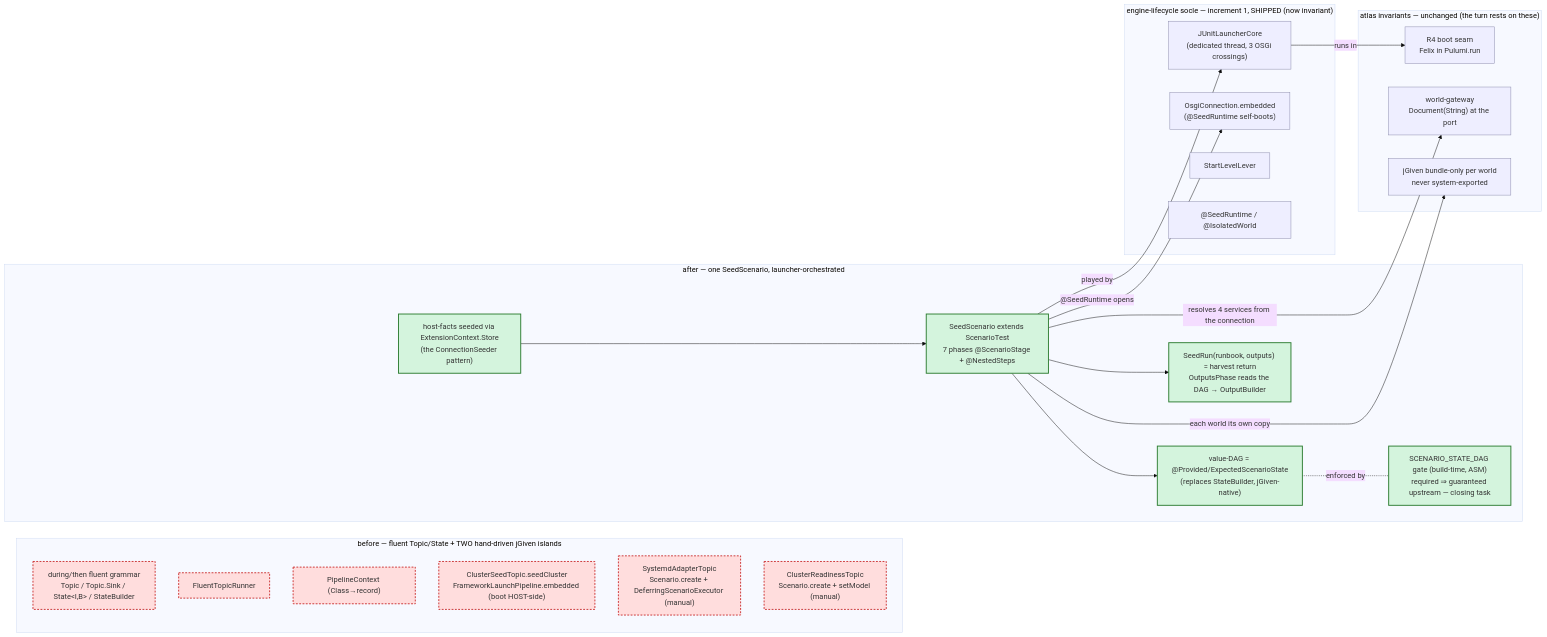
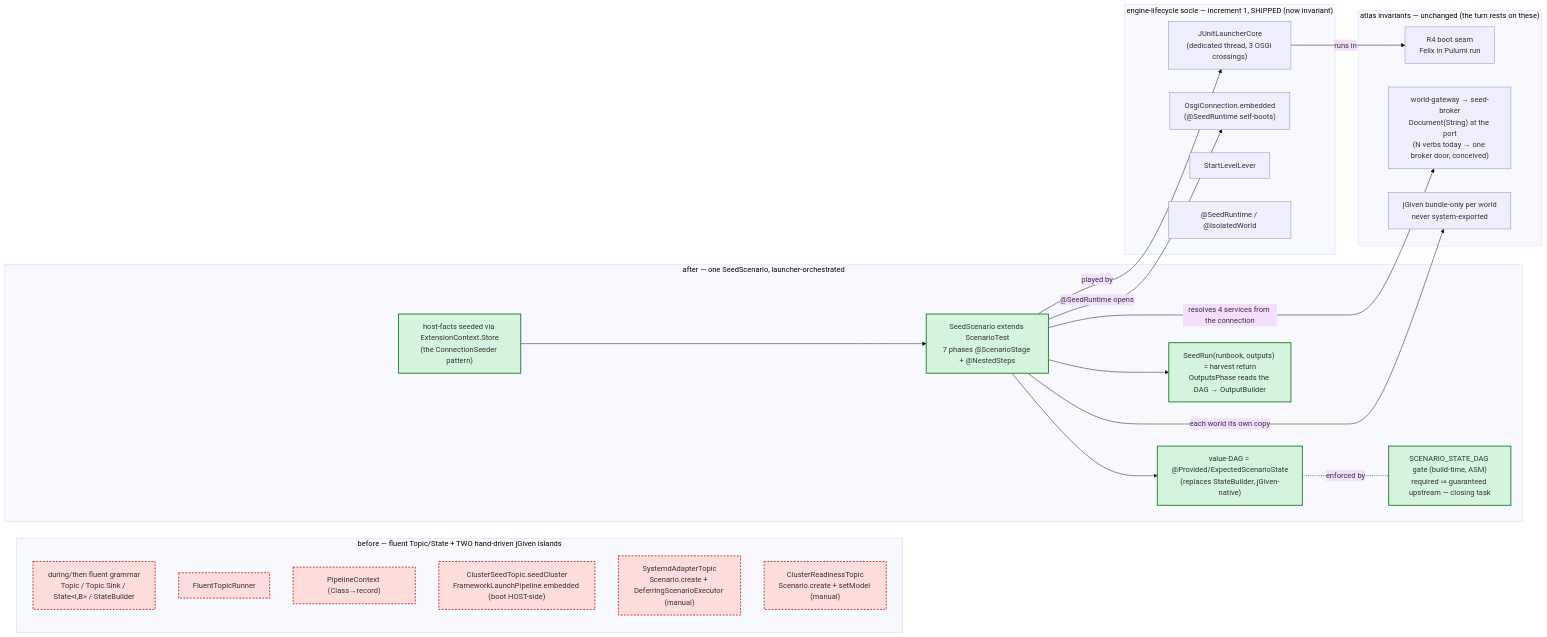
The third of 3 diagrams in docs/architecture/atlas/host-pipeline.adoc (nxmatic/rke2lab), drawn with Mermaid (base theme) before and after one commit. The commit also changed 6 other files, not shown here.

```diff
--- a/docs/architecture/atlas/host-pipeline.adoc
+++ b/docs/architecture/atlas/host-pipeline.adoc
@@ -234,43 +234,43 @@
 [mermaid]
 ....
 flowchart LR
   subgraph B["before — fluent Topic/State + TWO hand-driven jGiven islands"]
     b_gram["during/then fluent grammar<br/>Topic / Topic.Sink / State&lt;I,B&gt; / StateBuilder"]
     b_run["FluentTopicRunner"]
     b_ctx["PipelineContext (Class→record)"]
     b_boot["ClusterSeedTopic.seedCluster<br/>FrameworkLaunchPipeline.embedded (boot HOST-side)"]
     b_isl1["SystemdAdapterTopic<br/>Scenario.create + DeferringScenarioExecutor (manual)"]
     b_isl2["ClusterReadinessTopic<br/>Scenario.create + setModel (manual)"]
   end
   subgraph A["after — one SeedScenario, launcher-orchestrated"]
     a_scn["SeedScenario extends ScenarioTest<br/>7 phases @ScenarioStage + @NestedSteps"]:::new
     a_state["value-DAG = @Provided/ExpectedScenarioState<br/>(replaces StateBuilder, jGiven-native)"]:::new
     a_seed["host-facts seeded via ExtensionContext.Store<br/>(the ConnectionSeeder pattern)"]:::new
     a_out["SeedRun(runbook, outputs) = harvest return<br/>OutputsPhase reads the DAG → OutputBuilder"]:::new
     a_dag["SCENARIO_STATE_DAG gate (build-time, ASM)<br/>required ⇒ guaranteed upstream — closing task"]:::new
     a_seed --> a_scn
     a_scn --> a_state
     a_scn --> a_out
     a_state -.enforced by.- a_dag
   end
   subgraph SOCLE["engine-lifecycle socle — increment 1, SHIPPED (now invariant)"]
     s_launch["JUnitLauncherCore<br/>(dedicated thread, 3 OSGi crossings)"]:::inv
     s_conn["OsgiConnection.embedded<br/>(@SeedRuntime self-boots)"]:::inv
     s_lever["StartLevelLever"]:::inv
     s_disc["@SeedRuntime / @IsolatedWorld"]:::inv
   end
   subgraph INV["atlas invariants — unchanged (the turn rests on these)"]
     i_r4["R4 boot seam<br/>Felix in Pulumi.run"]:::inv
-    i_gw["world-gateway<br/>Document(String) at the port"]:::inv
+    i_gw["world-gateway → seed-broker<br/>Document(String) at the port<br/>(N verbs today → one broker door, conceived)"]:::inv
     i_jg["jGiven bundle-only per world<br/>never system-exported"]:::inv
   end
   a_scn -->|played by| s_launch
   a_scn -->|"@SeedRuntime opens"| s_conn
   s_launch -->|runs in| i_r4
   a_scn -->|resolves 4 services from the connection| i_gw
   a_scn -->|each world its own copy| i_jg
   classDef new fill:#d4f4dd,stroke:#2e7d32,stroke-width:2px;
   classDef gone fill:#fdd,stroke:#c33,stroke-width:2px,stroke-dasharray:4 3;
   classDef inv fill:#eef,stroke:#88a,stroke-width:1px;
   class b_gram,b_run,b_ctx,b_boot,b_isl1,b_isl2 gone;
 ....
```
